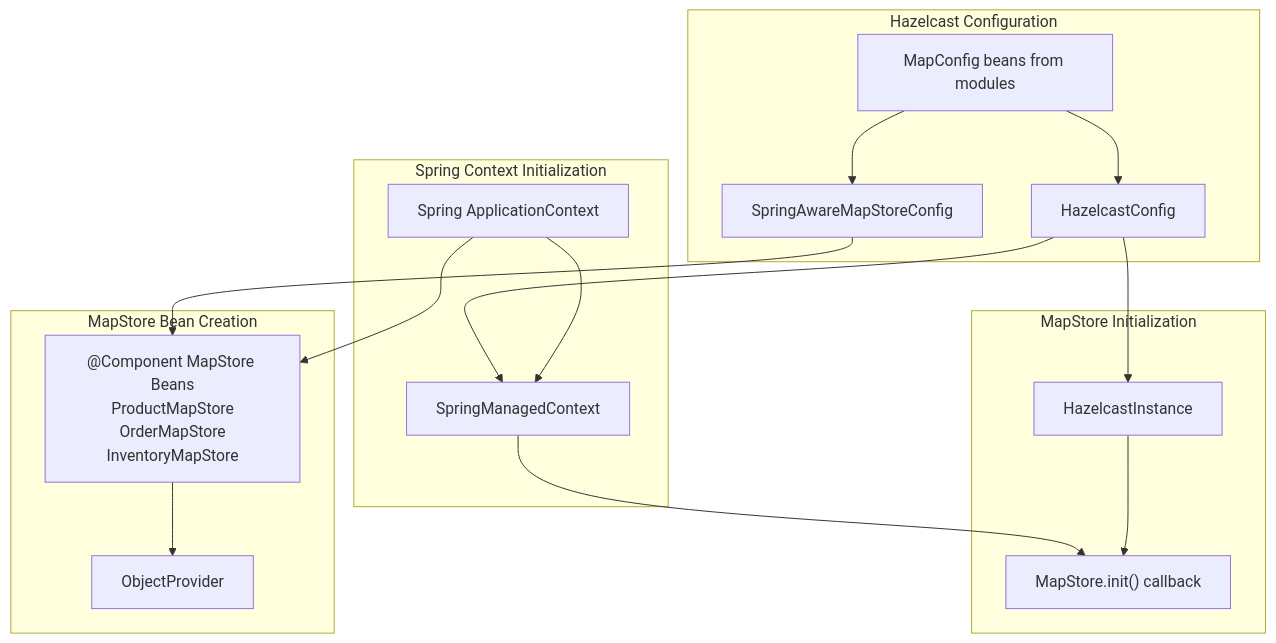
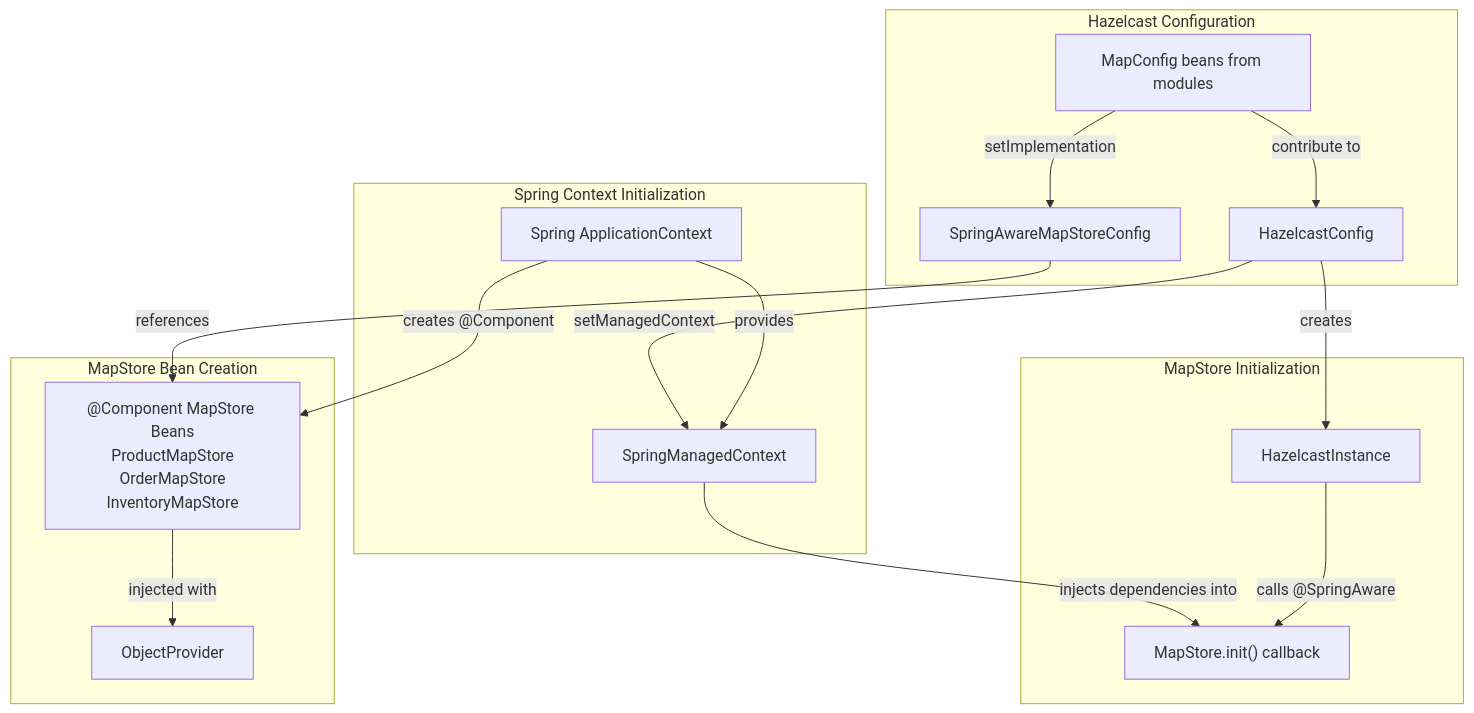
One commit to philipz/spring-modular-monolith changed the fourth of 6 diagrams in docs/deepwiki/MapStore-Write-Through-Pattern.md. Above: the diagram before and after it, drawn with Mermaid. The commit also changed other lines of this file and 55 other files, not shown here.

````diff
--- a/docs/deepwiki/MapStore-Write-Through-Pattern.md
+++ b/docs/deepwiki/MapStore-Write-Through-Pattern.md
@@ -332,45 +332,45 @@
 ```mermaid
 flowchart TD
 
 SpringContext["Spring ApplicationContext"]
 SpringManagedContext["SpringManagedContext"]
 MapStoreBeans["@Component MapStore Beans<br>ProductMapStore<br>OrderMapStore<br>InventoryMapStore"]
 ObjectProvider["ObjectProvider"]
 HZConfig["HazelcastConfig"]
 MapConfigs["MapConfig beans from modules"]
 SpringAwareConfig["SpringAwareMapStoreConfig"]
 HZInstance["HazelcastInstance"]
 MapStoreInit["MapStore.init() callback"]
 
-SpringContext --> MapStoreBeans
-HZConfig --> SpringManagedContext
-SpringAwareConfig --> MapStoreBeans
-HZConfig --> HZInstance
-SpringManagedContext --> MapStoreInit
+SpringContext -->|"creates @Component"| MapStoreBeans
+HZConfig -->|"setManagedContext"| SpringManagedContext
+SpringAwareConfig -->|"references"| MapStoreBeans
+HZConfig -->|"creates"| HZInstance
+SpringManagedContext -->|"injects dependencies into"| MapStoreInit
 
 subgraph subGraph3 ["MapStore Initialization"]
     HZInstance
     MapStoreInit
-    HZInstance --> MapStoreInit
+    HZInstance -->|"calls @SpringAware"| MapStoreInit
 end
 
 subgraph subGraph2 ["Hazelcast Configuration"]
     HZConfig
     MapConfigs
     SpringAwareConfig
-    MapConfigs --> HZConfig
-    MapConfigs --> SpringAwareConfig
+    MapConfigs -->|"contribute to"| HZConfig
+    MapConfigs -->|"setImplementation"| SpringAwareConfig
 end
 
 subgraph subGraph1 ["MapStore Bean Creation"]
     MapStoreBeans
     ObjectProvider
-    MapStoreBeans --> ObjectProvider
+    MapStoreBeans -->|"injected with"| ObjectProvider
 end
 
 subgraph subGraph0 ["Spring Context Initialization"]
     SpringContext
     SpringManagedContext
-    SpringContext --> SpringManagedContext
+    SpringContext -->|"provides"| SpringManagedContext
 end
 ```
````
